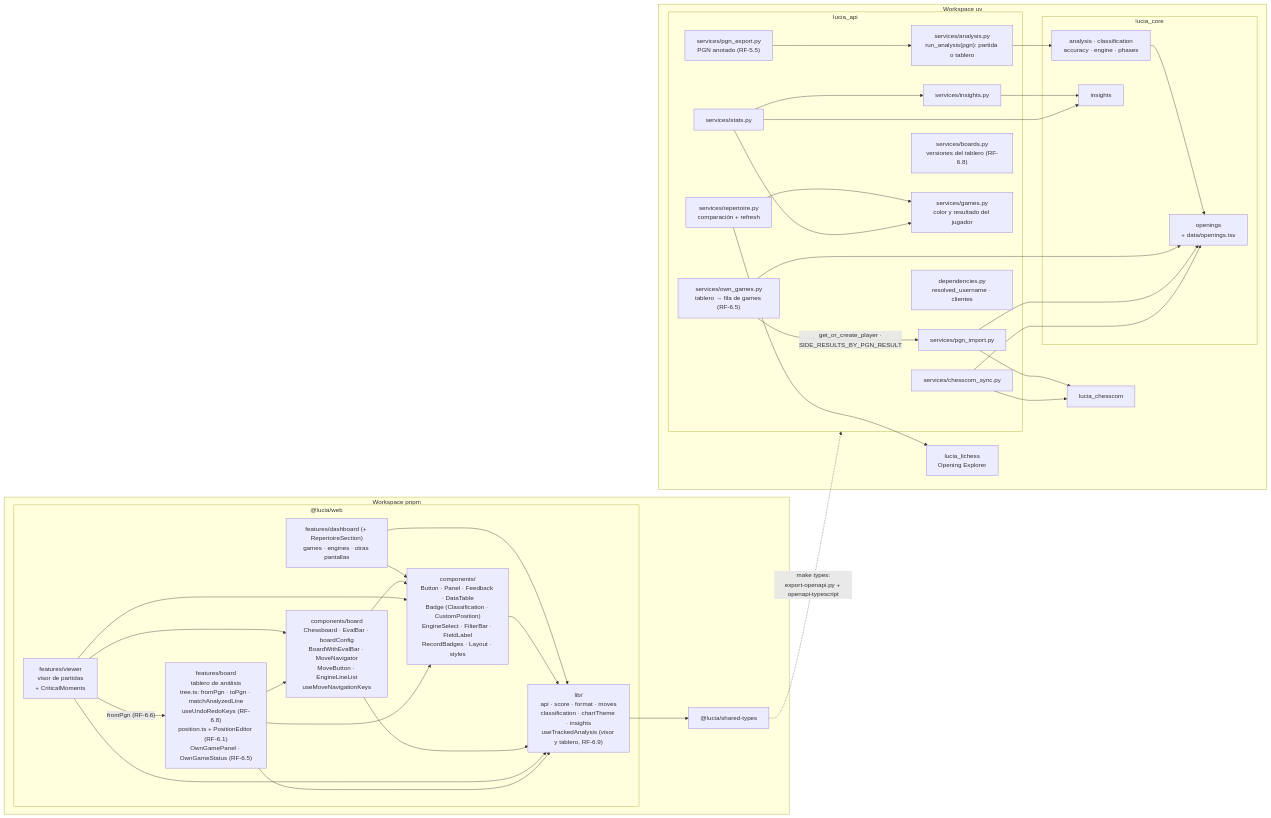
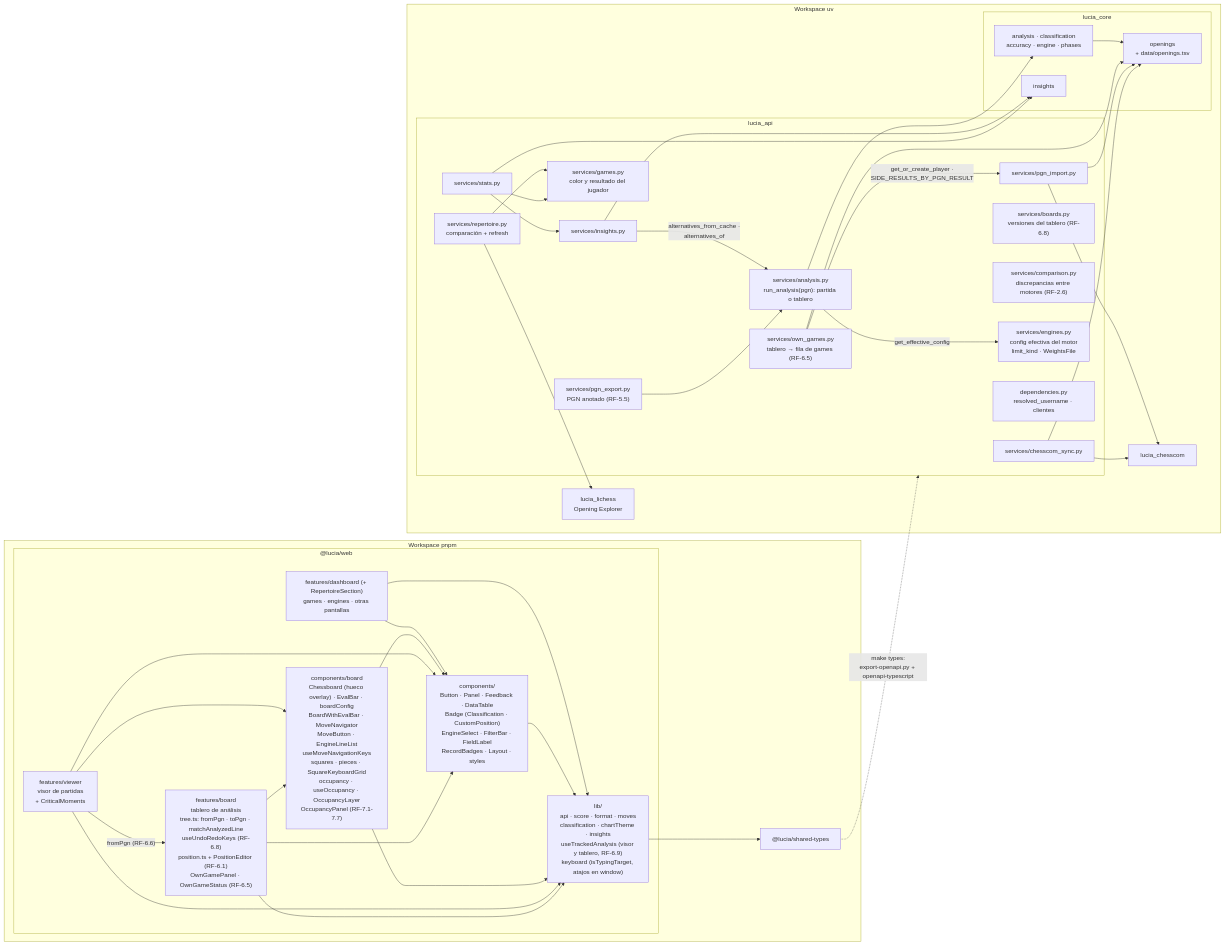
Before and after one commit to SirJsus/LUCIA: the second of 16 diagrams in docs/06-mapa-del-proyecto.md, drawn with Mermaid. The commit also changed other lines of this file and 81 other files, not shown here.

````diff
--- a/docs/06-mapa-del-proyecto.md
+++ b/docs/06-mapa-del-proyecto.md
@@ -114,67 +122,71 @@
 ```mermaid
 graph LR
     subgraph JS["Workspace pnpm"]
         subgraph WEB["@lucia/web"]
             board["features/board<br/>tablero de análisis<br/>tree.ts: fromPgn · toPgn · matchAnalyzedLine<br/>useUndoRedoKeys (RF-6.8)<br/>position.ts + PositionEditor (RF-6.1)<br/>OwnGamePanel · OwnGameStatus (RF-6.5)"]
             viewer["features/viewer<br/>visor de partidas<br/>+ CriticalMoments"]
             screens["features/dashboard (+ RepertoireSection)<br/>games · engines · otras pantallas"]
-            boardui["components/board<br/>Chessboard · EvalBar · boardConfig<br/>BoardWithEvalBar · MoveNavigator<br/>MoveButton · EngineLineList<br/>useMoveNavigationKeys"]
+            boardui["components/board<br/>Chessboard (hueco overlay) · EvalBar · boardConfig<br/>BoardWithEvalBar · MoveNavigator<br/>MoveButton · EngineLineList<br/>useMoveNavigationKeys<br/>squares · pieces · SquareKeyboardGrid<br/>occupancy · useOccupancy · OccupancyLayer<br/>OccupancyPanel (RF-7.1-7.7)"]
             ui["components/<br/>Button · Panel · Feedback · DataTable<br/>Badge (Classification · CustomPosition)<br/>EngineSelect · FilterBar · FieldLabel<br/>RecordBadges · Layout · styles"]
-            lib["lib/<br/>api · score · format · moves<br/>classification · chartTheme · insights<br/>useTrackedAnalysis (visor y tablero, RF-6.9)"]
+            lib["lib/<br/>api · score · format · moves<br/>classification · chartTheme · insights<br/>useTrackedAnalysis (visor y tablero, RF-6.9)<br/>keyboard (isTypingTarget, atajos en window)"]
         end
         types["@lucia/shared-types"]
     end
 
     subgraph PY["Workspace uv"]
         subgraph API["lucia_api"]
             api_sync["services/chesscom_sync.py"]
             api_pgn["services/pgn_import.py"]
             api_analysis["services/analysis.py<br/>run_analysis(pgn): partida o tablero"]
             api_boards["services/boards.py<br/>versiones del tablero (RF-6.8)"]
             api_own_games["services/own_games.py<br/>tablero → fila de games (RF-6.5)"]
             api_pgn_export["services/pgn_export.py<br/>PGN anotado (RF-5.5)"]
             api_stats["services/stats.py"]
             api_games["services/games.py<br/>color y resultado del jugador"]
             api_insights["services/insights.py"]
             api_repertoire["services/repertoire.py<br/>comparación + refresh"]
+            api_comparison["services/comparison.py<br/>discrepancias entre motores (RF-2.6)"]
+            api_engines["services/engines.py<br/>config efectiva del motor<br/>limit_kind · WeightsFile"]
             api_deps["dependencies.py<br/>resolved_username · clientes"]
         end
         subgraph CORE["lucia_core"]
             core_analysis["analysis · classification<br/>accuracy · engine · phases"]
             core_insights["insights"]
             core_openings["openings<br/>+ data/openings.tsv"]
         end
         chesscom["lucia_chesscom"]
         lichess["lucia_lichess<br/>Opening Explorer"]
     end
 
     board --> boardui
     viewer --> boardui
     viewer -- "fromPgn (RF-6.6)" --> board
     board --> ui
     viewer --> ui
     boardui --> ui
     screens --> ui
     board --> lib
     viewer --> lib
     boardui --> lib
     ui --> lib
     screens --> lib
     lib --> types
     api_sync --> chesscom
     api_sync --> core_openings
     api_pgn --> chesscom
     api_pgn --> core_openings
     api_analysis --> core_analysis
+    api_analysis -- "get_effective_config" --> api_engines
     api_pgn_export --> api_analysis
+    api_insights -- "alternatives_from_cache ·<br/>alternatives_of" --> api_analysis
     api_own_games -- "get_or_create_player ·<br/>SIDE_RESULTS_BY_PGN_RESULT" --> api_pgn
     api_own_games --> core_openings
     core_analysis --> core_openings
     api_stats --> api_games
     api_stats --> api_insights
     api_stats --> core_insights
     api_insights --> core_insights
     api_repertoire --> api_games
     api_repertoire --> lichess
     types -. "make types:<br/>export-openapi.py + openapi-typescript" .-> API
 ```
````
